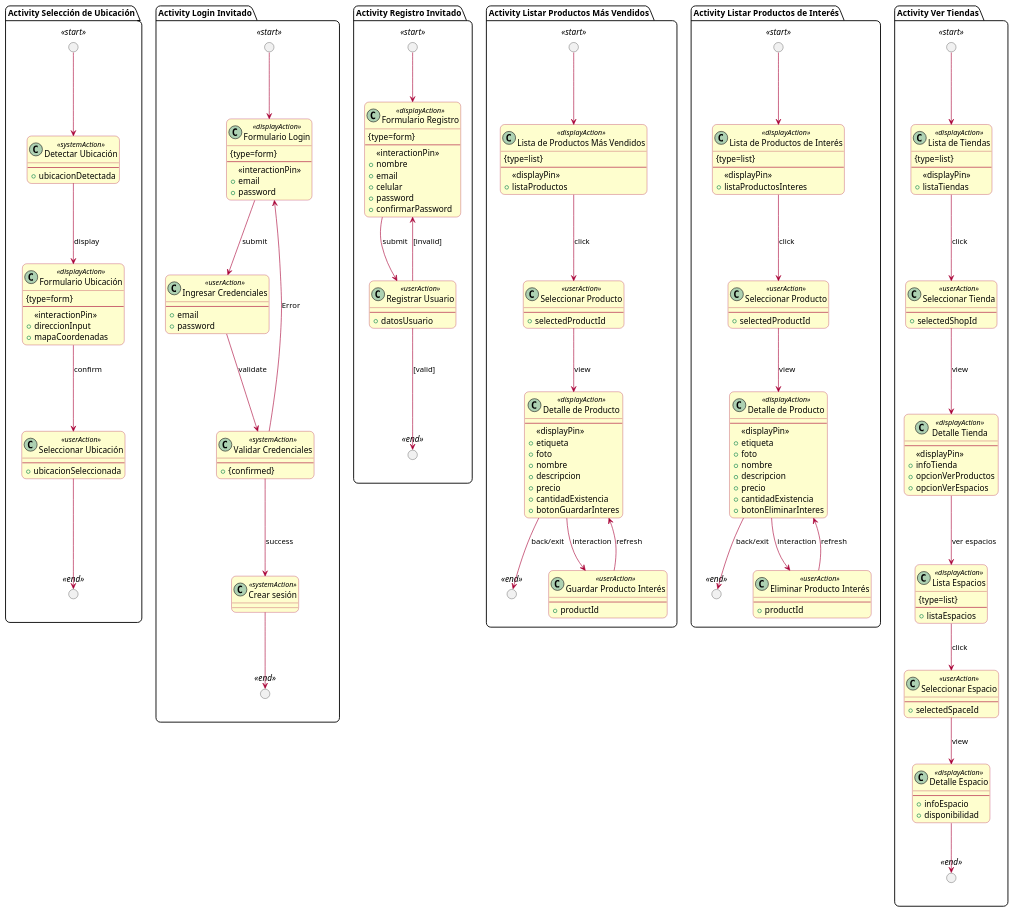
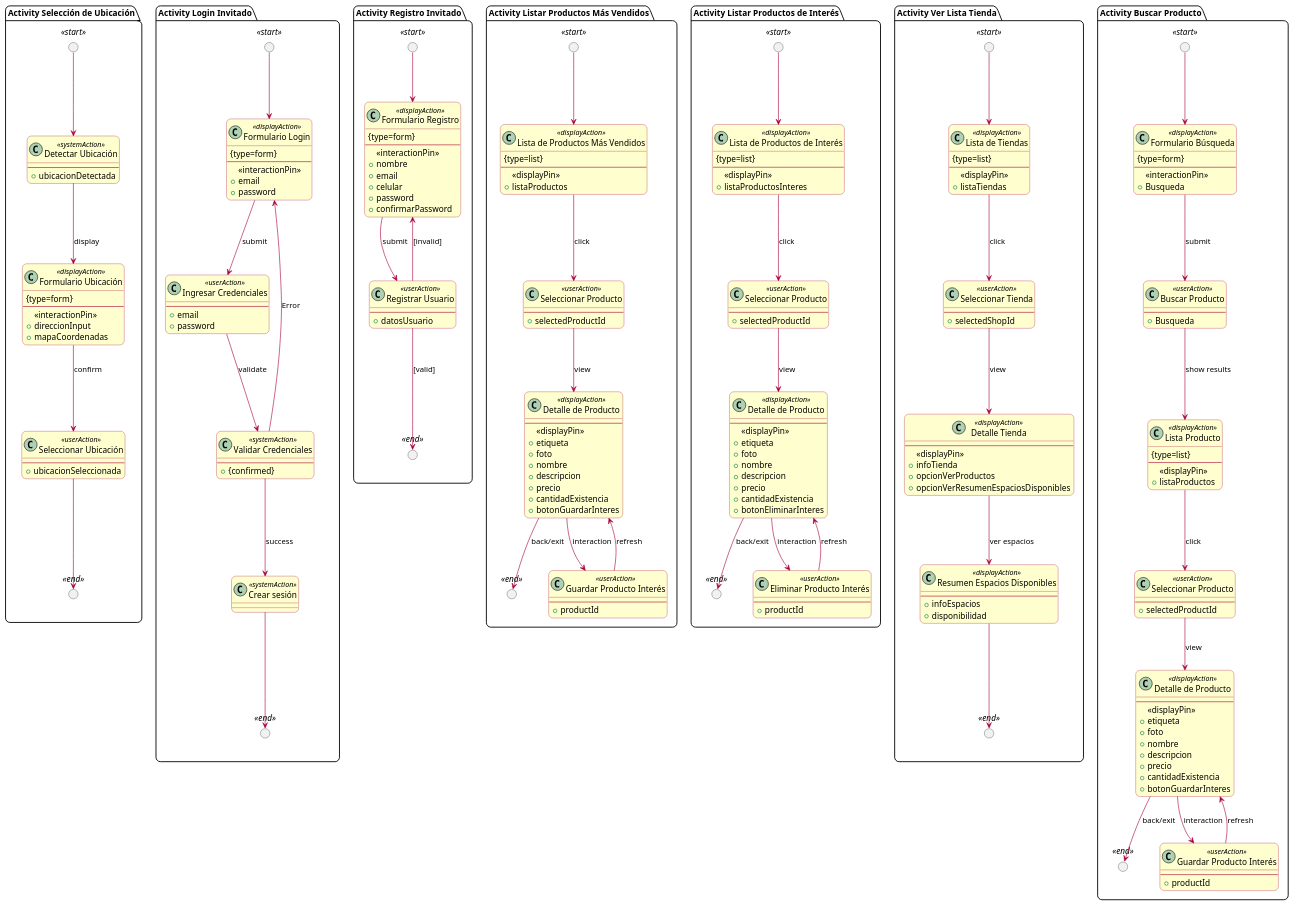
The diagram in Requirements Model/Activites/guest_user_activites.puml (AtomicDevelopers/UWE-Tienda-Colectiva), drawn with PlantUML before and after one commit.

Commit message:
Feat: mejora actividad ver lista tiendas

```diff
--- a/Requirements Model/Activites/guest_user_activites.puml
+++ b/Requirements Model/Activites/guest_user_activites.puml
@@ -190,8 +190,8 @@
   Interest_Detail --> Interest_End : back/exit
 }
 
-' 4. Ver Tiendas (Tiendas -> Espacios/Productos)
-package "Activity Ver Tiendas" {
+' 4. Ver Lista Tienda (Tiendas -> Espacios/Productos)
+package "Activity Ver Lista Tienda" {
   circle " " as Shop_Start <<start>>
   circle " " as Shop_End <<end>>
 
@@ -212,24 +212,12 @@
     <<displayPin>>
     + infoTienda
     + opcionVerProductos
-    + opcionVerEspacios
+    + opcionVerResumenEspaciosDisponibles
   }
 
-  ' Rama Espacios
-  class "Lista Espacios" as Space_List <<displayAction>> {
-    {type=list}
+  class "Resumen Espacios Disponibles" as Space_Summary <<displayAction>> {
     --
-    + listaEspacios
-  }
-
-  class "Seleccionar Espacio" as Space_Select <<userAction>> {
-    --
-    + selectedSpaceId
-  }
-
-  class "Detalle Espacio" as Space_Detail <<displayAction>> {
-    --
-    + infoEspacio
+    + infoEspacios
     + disponibilidad
   }
 
@@ -238,14 +226,71 @@
   Shop_Select --> Shop_Detail : view
 
   ' Ramificación
-  Shop_Detail --> Space_List : ver espacios
+  Shop_Detail --> Space_Summary : ver espacios
   
   ' Nota: La rama de productos conecta conceptualmente con "Navegación de Productos"
   ' pero aquí se modela la decisión de navegación.
   
-  Space_List --> Space_Select : click
-  Space_Select --> Space_Detail : view
-  Space_Detail --> Shop_End
+  Space_Summary --> Shop_End
+}
+
+' 5. Buscar Producto
+package "Activity Buscar Producto" {
+  circle " " as Search_Start <<start>>
+  circle " " as Search_End <<end>>
+
+  class "Formulario Búsqueda" as Search_Form <<displayAction>> {
+    {type=form}
+    --
+    <<interactionPin>>
+    + Busqueda
+  }
+
+  class "Buscar Producto" as Search_Action <<userAction>> {
+    --
+    + Busqueda
+  }
+
+  class "Lista Producto" as Search_List <<displayAction>> {
+    {type=list}
+    --
+    <<displayPin>>
+    + listaProductos
+  }
+
+  class "Seleccionar Producto" as Search_Select <<userAction>> {
+    --
+    + selectedProductId
+  }
+
+  class "Detalle de Producto" as Search_Detail <<displayAction>> {
+    --
+    <<displayPin>>
+    + etiqueta
+    + foto
+    + nombre
+    + descripcion
+    + precio
+    + cantidadExistencia
+    + botonGuardarInteres
+  }
+
+  class "Guardar Producto Interés" as Search_Save <<userAction>> {
+    --
+    + productId
+  }
+
+  Search_Start --> Search_Form
+  Search_Form --> Search_Action : submit
+  Search_Action --> Search_List : show results
+  
+  Search_List --> Search_Select : click
+  Search_Select --> Search_Detail : view
+  
+  Search_Detail --> Search_Save : interaction
+  Search_Save --> Search_Detail : refresh
+  
+  Search_Detail --> Search_End : back/exit
 }
 
 @enduml
```
